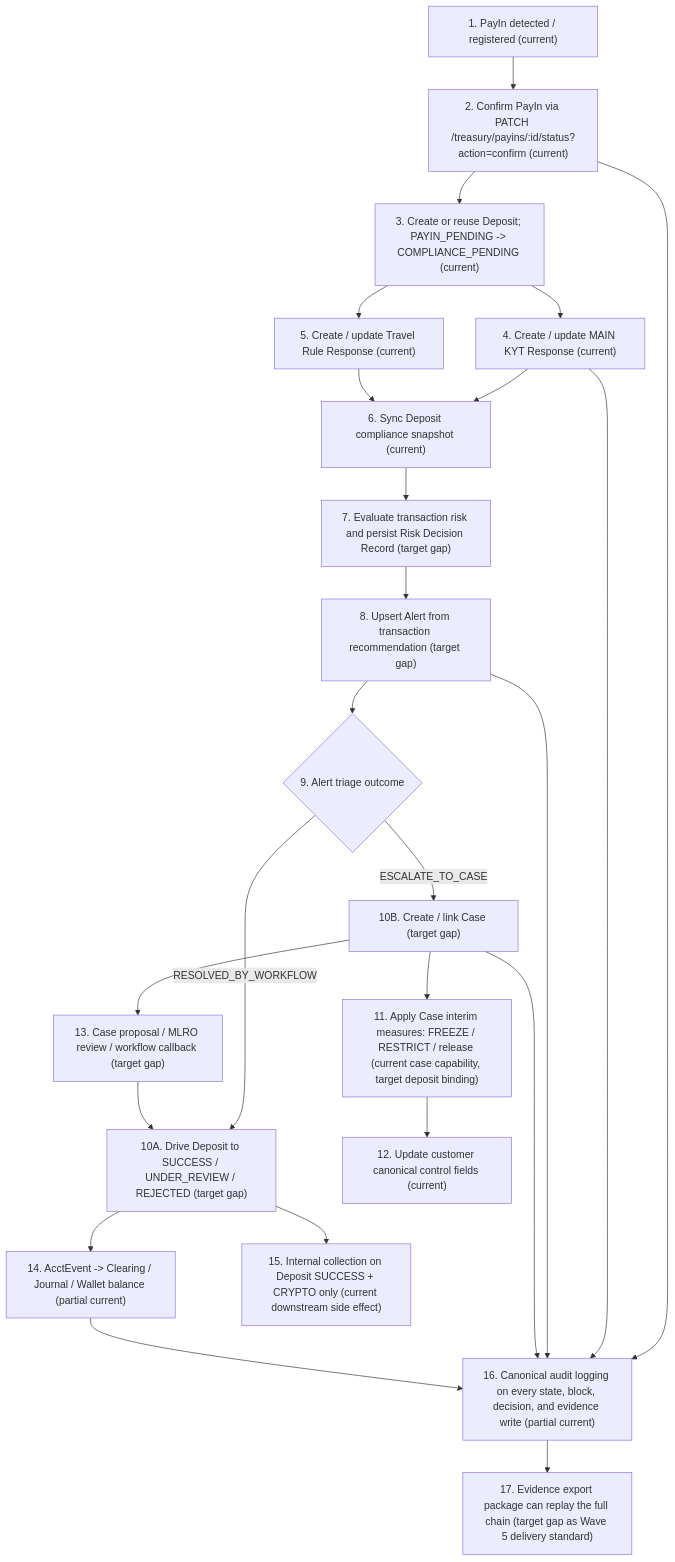
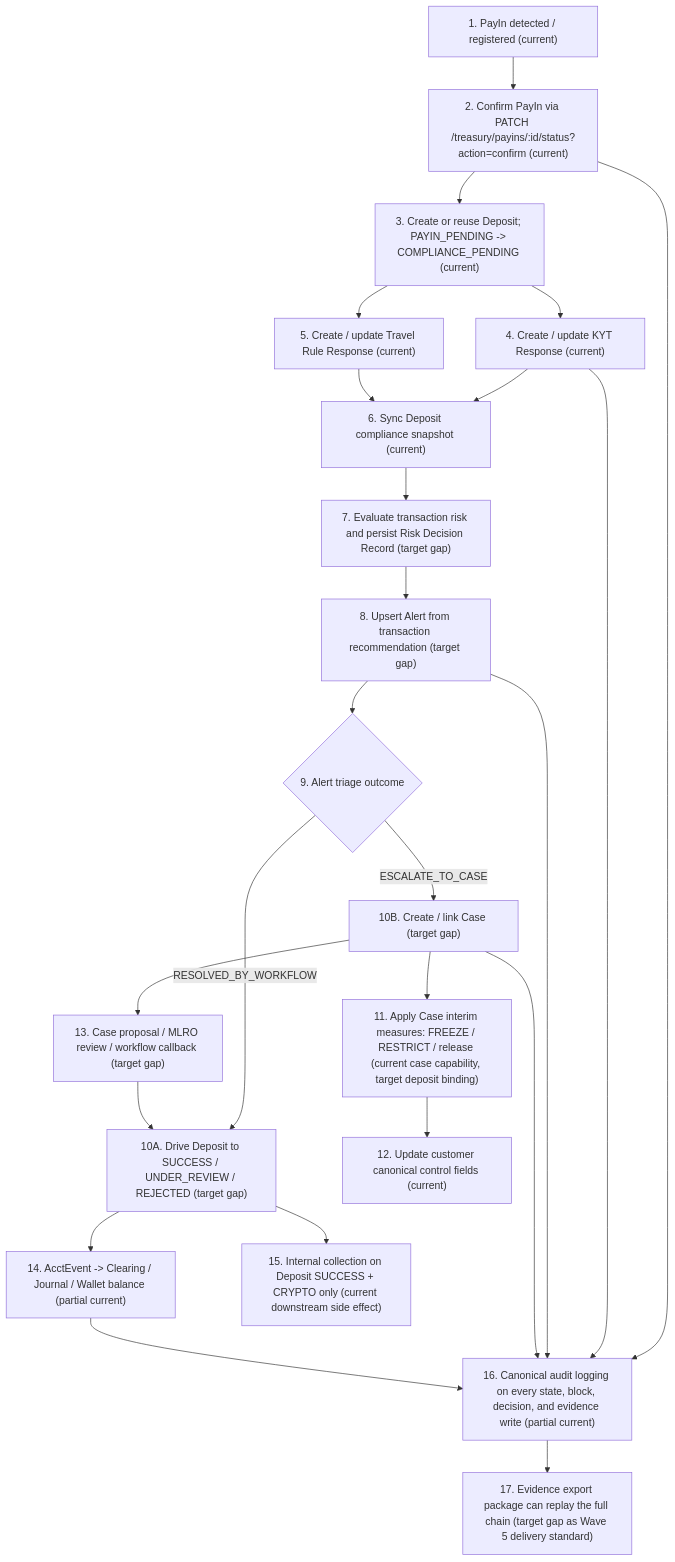
The diagram in Exchange_js/docs/roadmap/wave-5-payin-deposit-phase-plan.md (2handsuae/fiatx-demo), drawn with Mermaid before and after one commit. The commit also changed other lines of this file and 65 other files, not shown here.

````diff
--- a/Exchange_js/docs/roadmap/wave-5-payin-deposit-phase-plan.md
+++ b/Exchange_js/docs/roadmap/wave-5-payin-deposit-phase-plan.md
@@ -127,26 +127,26 @@
 ```mermaid
 flowchart TD
   A["1. PayIn detected / registered (current)"] --> B["2. Confirm PayIn via PATCH /treasury/payins/:id/status?action=confirm (current)"]
   B --> C["3. Create or reuse Deposit; PAYIN_PENDING -> COMPLIANCE_PENDING (current)"]
-  C --> D["4. Create / update MAIN KYT Response (current)"]
+  C --> D["4. Create / update KYT Response (current)"]
   C --> E["5. Create / update Travel Rule Response (current)"]
   D --> F["6. Sync Deposit compliance snapshot (current)"]
   E --> F
   F --> G["7. Evaluate transaction risk and persist Risk Decision Record (target gap)"]
   G --> H["8. Upsert Alert from transaction recommendation (target gap)"]
   H --> I{"9. Alert triage outcome"}
   I -->|RESOLVED_BY_WORKFLOW| J["10A. Drive Deposit to SUCCESS / UNDER_REVIEW / REJECTED (target gap)"]
   I -->|ESCALATE_TO_CASE| K["10B. Create / link Case (target gap)"]
   K --> L["11. Apply Case interim measures: FREEZE / RESTRICT / release (current case capability, target deposit binding)"]
   L --> M["12. Update customer canonical control fields (current)"]
   K --> N["13. Case proposal / MLRO review / workflow callback (target gap)"]
   N --> J
   J --> O["14. AcctEvent -> Clearing / Journal / Wallet balance (partial current)"]
   J --> P["15. Internal collection on Deposit SUCCESS + CRYPTO only (current downstream side effect)"]
   B --> Q["16. Canonical audit logging on every state, block, decision, and evidence write (partial current)"]
   D --> Q
   H --> Q
   K --> Q
   O --> Q
   Q --> R["17. Evidence export package can replay the full chain (target gap as Wave 5 delivery standard)"]
 ```
````
